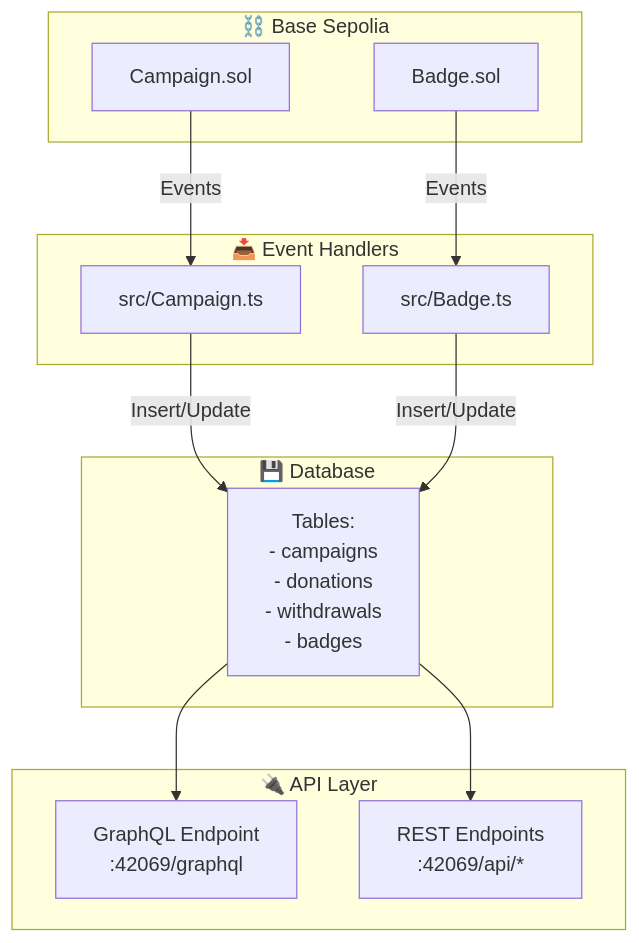
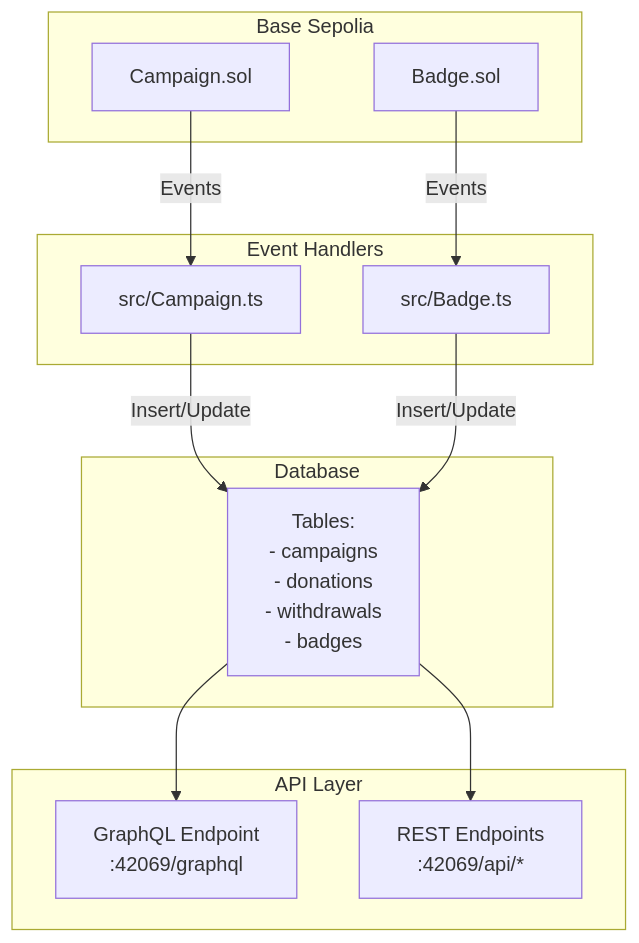
The first of 3 diagrams in pitching/How to Run/4. Indexer Guide.md (CrowdFUNding-Base/SC), drawn with Mermaid before and after one commit. The commit also changed other lines of this file and 12 other files, not shown here.

````diff
--- a/pitching/How to Run/4. Indexer Guide.md
+++ b/pitching/How to Run/4. Indexer Guide.md
@@ -19,28 +19,28 @@
 ```mermaid
 flowchart TB
-    subgraph Blockchain["⛓️ Base Sepolia"]
+    subgraph Blockchain["Base Sepolia"]
         Campaign["Campaign.sol"]
         Badge["Badge.sol"]
     end
 
-    subgraph EventHandlers["📥 Event Handlers"]
+    subgraph EventHandlers["Event Handlers"]
         CampaignHandler["src/Campaign.ts"]
         BadgeHandler["src/Badge.ts"]
     end
 
-    subgraph Database["💾 Database"]
+    subgraph Database["Database"]
         Tables["Tables:\n- campaigns\n- donations\n- withdrawals\n- badges"]
     end
 
-    subgraph APIs["🔌 API Layer"]
+    subgraph APIs["API Layer"]
         GraphQL["GraphQL Endpoint\n:42069/graphql"]
         REST["REST Endpoints\n:42069/api/*"]
     end
 
     Campaign --> |"Events"| CampaignHandler
     Badge --> |"Events"| BadgeHandler
     CampaignHandler --> |"Insert/Update"| Tables
     BadgeHandler --> |"Insert/Update"| Tables
     Tables --> GraphQL
     Tables --> REST
 ```
````
